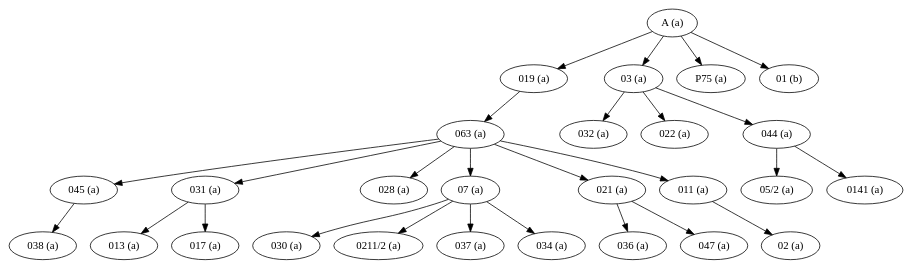
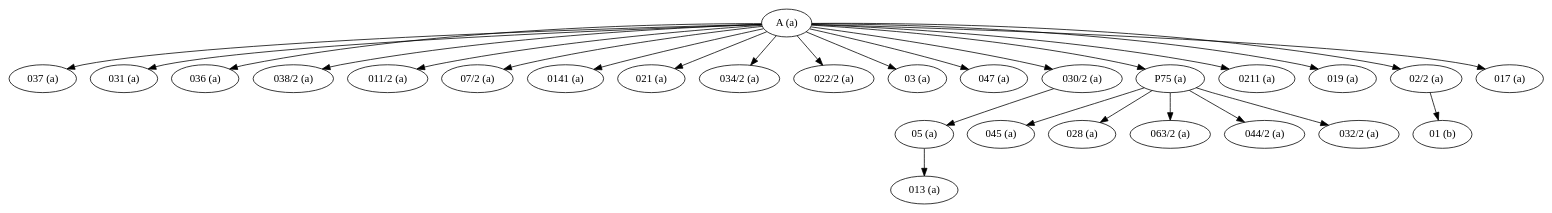
Before and after one commit to edmondac/CBGM: the diagram in example/test.dot, drawn with Graphviz. The commit also changed 13 other files, not shown here.

```diff
--- a/example/test.dot
+++ b/example/test.dot
@@ -1,55 +1,55 @@
 strict digraph G {
-"02 (a)";
-"038 (a)";
+"037 (a)";
+"05 (a)";
+"031 (a)";
+"045 (a)";
+"036 (a)";
+"028 (a)";
+"038/2 (a)";
+"011/2 (a)";
+"07/2 (a)";
+"01 (b)";
 "013 (a)";
-"036 (a)";
-"05/2 (a)";
+"063/2 (a)";
+"0141 (a)";
+"021 (a)";
+"A (a)";
+"044/2 (a)";
+"034/2 (a)";
+"022/2 (a)";
+"03 (a)";
 "047 (a)";
-"045 (a)";
-"031 (a)";
-"028 (a)";
+"030/2 (a)";
+"032/2 (a)";
+"P75 (a)";
+"0211 (a)";
 "019 (a)";
-"07 (a)";
-"03 (a)";
-"063 (a)";
-"A (a)";
+"02/2 (a)";
 "017 (a)";
-"032 (a)";
-"030 (a)";
-"0211/2 (a)";
-"P75 (a)";
-"022 (a)";
-"01 (b)";
-"021 (a)";
-"011 (a)";
-"044 (a)";
-"037 (a)";
-"034 (a)";
-"0141 (a)";
-"045 (a)" -> "038 (a)";
-"031 (a)" -> "017 (a)";
-"031 (a)" -> "013 (a)";
-"019 (a)" -> "063 (a)";
-"07 (a)" -> "030 (a)";
-"07 (a)" -> "0211/2 (a)";
-"07 (a)" -> "034 (a)";
-"07 (a)" -> "037 (a)";
-"03 (a)" -> "022 (a)";
-"03 (a)" -> "044 (a)";
-"03 (a)" -> "032 (a)";
-"063 (a)" -> "045 (a)";
-"063 (a)" -> "07 (a)";
-"063 (a)" -> "021 (a)";
-"063 (a)" -> "011 (a)";
-"063 (a)" -> "028 (a)";
-"063 (a)" -> "031 (a)";
+"05 (a)" -> "013 (a)";
+"A (a)" -> "0141 (a)";
+"A (a)" -> "011/2 (a)";
+"A (a)" -> "030/2 (a)";
+"A (a)" -> "037 (a)";
+"A (a)" -> "031 (a)";
+"A (a)" -> "017 (a)";
+"A (a)" -> "038/2 (a)";
+"A (a)" -> "036 (a)";
+"A (a)" -> "P75 (a)";
+"A (a)" -> "0211 (a)";
 "A (a)" -> "019 (a)";
-"A (a)" -> "01 (b)";
-"A (a)" -> "P75 (a)";
+"A (a)" -> "034/2 (a)";
+"A (a)" -> "022/2 (a)";
 "A (a)" -> "03 (a)";
-"021 (a)" -> "036 (a)";
-"021 (a)" -> "047 (a)";
-"011 (a)" -> "02 (a)";
-"044 (a)" -> "05/2 (a)";
-"044 (a)" -> "0141 (a)";
+"A (a)" -> "02/2 (a)";
+"A (a)" -> "047 (a)";
+"A (a)" -> "021 (a)";
+"A (a)" -> "07/2 (a)";
+"030/2 (a)" -> "05 (a)";
+"P75 (a)" -> "044/2 (a)";
+"P75 (a)" -> "032/2 (a)";
+"P75 (a)" -> "028 (a)";
+"P75 (a)" -> "063/2 (a)";
+"P75 (a)" -> "045 (a)";
+"02/2 (a)" -> "01 (b)";
 }
```
